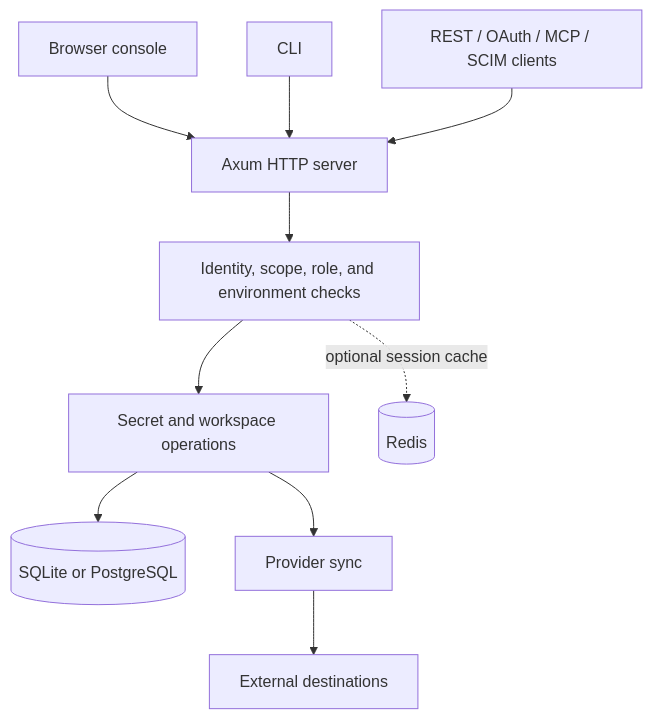
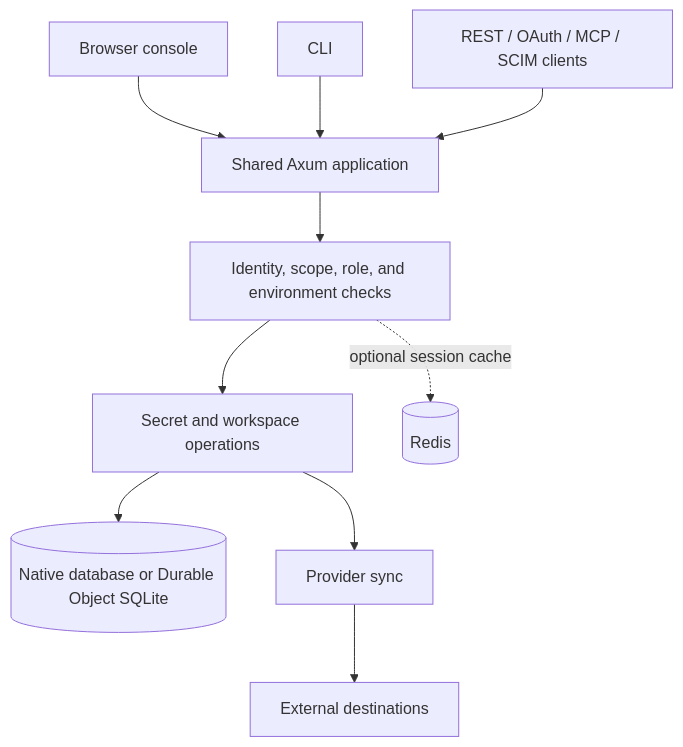
One commit to hongkongkiwi/openwarp changed the diagram in docs/ARCHITECTURE.md. Above: the diagram before and after it, drawn with Mermaid. The commit also changed other lines of this file and 54 other files, not shown here.

````diff
--- a/docs/ARCHITECTURE.md
+++ b/docs/ARCHITECTURE.md
@@ -21,12 +30,12 @@
 ```mermaid
 flowchart TD
-    Browser[Browser console] --> HTTP[Axum HTTP server]
+    Browser[Browser console] --> HTTP[Shared Axum application]
     CLI[CLI] --> HTTP
     Automation[REST / OAuth / MCP / SCIM clients] --> HTTP
     HTTP --> Auth[Identity, scope, role, and environment checks]
     Auth --> Operations[Secret and workspace operations]
-    Operations --> Storage[(SQLite or PostgreSQL)]
+    Operations --> Storage[(Native database or Durable Object SQLite)]
     Auth -. optional session cache .-> Redis[(Redis)]
     Operations --> Sync[Provider sync]
     Sync --> Remote[External destinations]
 ```
````
